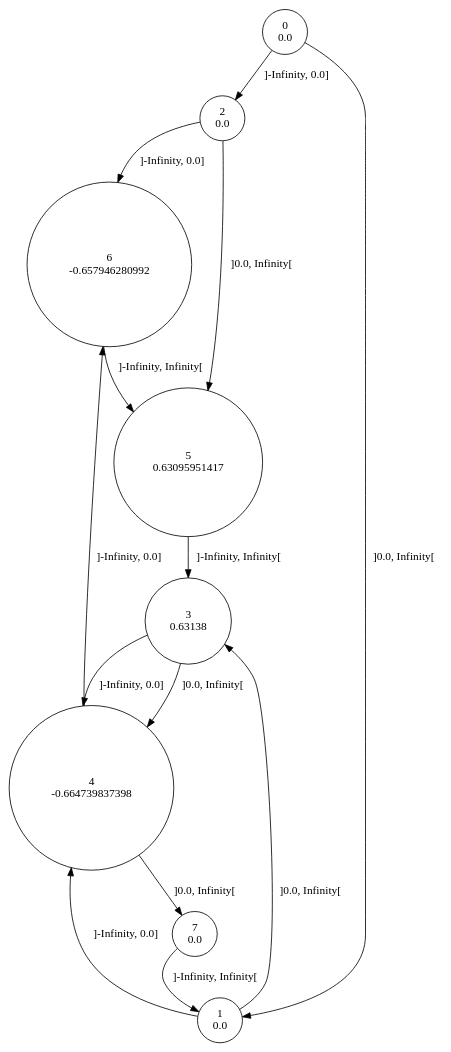
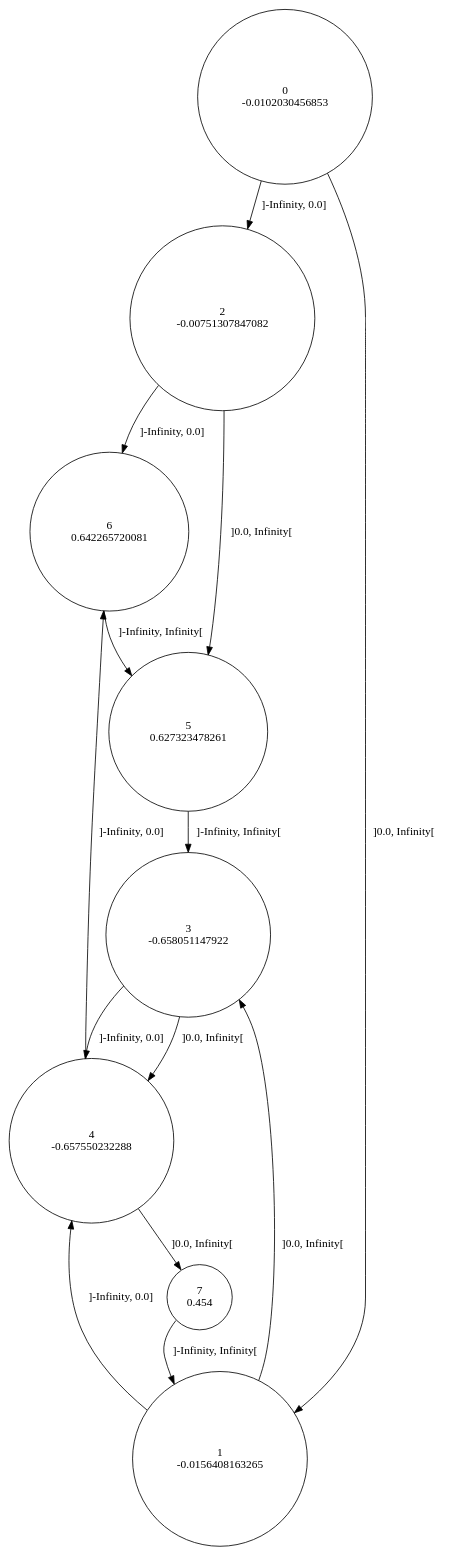
Before and after one commit to gllpellegrino/RAI_experiments: the diagram in sinus/data/0/rtisy.dot, drawn with Graphviz. The commit also changed 25 other files, not shown here.

```diff
--- a/sinus/data/0/rtisy.dot
+++ b/sinus/data/0/rtisy.dot
@@ -1,23 +1,23 @@
 digraph a {
-0 [shape=circle, label="0\n0.0"];
+0 [shape=circle, label="0\n-0.0102030456853"];
 	0 -> 2 [label="]-Infinity, 0.0]"];
 	0 -> 1 [label="]0.0, Infinity["];
-1 [shape=circle, label="1\n0.0"];
+1 [shape=circle, label="1\n-0.0156408163265"];
 	1 -> 4 [label="]-Infinity, 0.0]"];
 	1 -> 3 [label="]0.0, Infinity["];
-2 [shape=circle, label="2\n0.0"];
+2 [shape=circle, label="2\n-0.00751307847082"];
 	2 -> 6 [label="]-Infinity, 0.0]"];
 	2 -> 5 [label="]0.0, Infinity["];
-3 [shape=circle, label="3\n0.63138"];
+3 [shape=circle, label="3\n-0.658051147922"];
 	3 -> 4 [label="]-Infinity, 0.0]"];
 	3 -> 4 [label="]0.0, Infinity["];
-4 [shape=circle, label="4\n-0.664739837398"];
+4 [shape=circle, label="4\n-0.657550232288"];
 	4 -> 6 [label="]-Infinity, 0.0]"];
 	4 -> 7 [label="]0.0, Infinity["];
-5 [shape=circle, label="5\n0.63095951417"];
+5 [shape=circle, label="5\n0.627323478261"];
 	5 -> 3 [label="]-Infinity, Infinity["];
-6 [shape=circle, label="6\n-0.657946280992"];
+6 [shape=circle, label="6\n0.642265720081"];
 	6 -> 5 [label="]-Infinity, Infinity["];
-7 [shape=circle, label="7\n0.0"];
+7 [shape=circle, label="7\n0.454"];
 	7 -> 1 [label="]-Infinity, Infinity["];
 }
```
